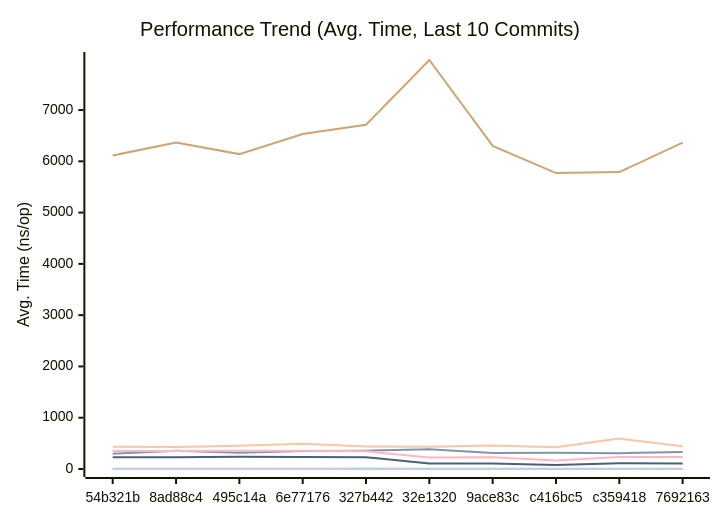
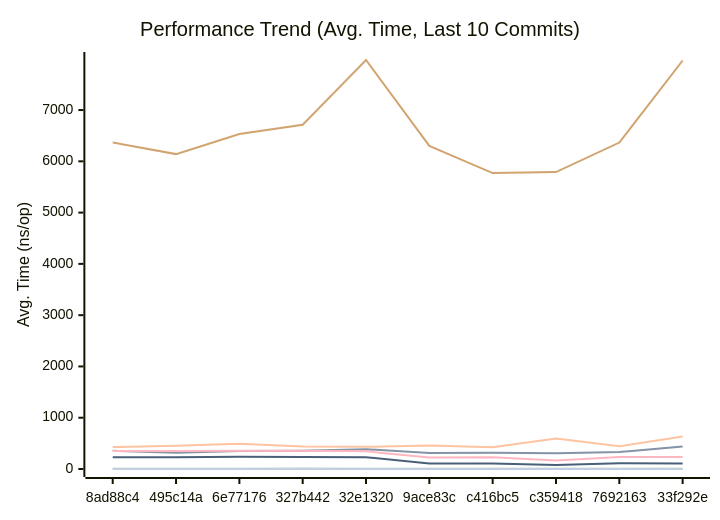
The first of 3 diagrams in docs/PERFORMANCE.md (alsotoes/momo), drawn with Mermaid before and after one commit. The commit also changed other lines of this file and 3 other files, not shown here.

````diff
--- a/docs/PERFORMANCE.md
+++ b/docs/PERFORMANCE.md
@@ -120,16 +120,16 @@
 ```mermaid
 xychart-beta
     title "Performance Trend (Avg. Time, Last 10 Commits)"
     x-axis "Commit"
     y-axis "Avg. Time (ns/op)"
-    x-axis [54b321b,8ad88c4,495c14a,6e77176,327b442,32e1320,9ace83c,c416bc5,c359418,7692163]
-    line "CheckMetricsAndSwap" [9,9,8,10,9,8,9,8,8,9]
-    line "CrushOptimized" [299,354,319,351,357,386,313,315,308,332]
-    line "CrushOriginal" [436,427,453,491,441,433,459,426,593,442]
+    x-axis [8ad88c4,495c14a,6e77176,327b442,32e1320,9ace83c,c416bc5,c359418,7692163,33f292e]
+    line "CheckMetricsAndSwap" [9,8,10,9,8,9,8,8,9,13]
+    line "CrushOptimized" [354,319,351,357,386,313,315,308,332,438]
+    line "CrushOriginal" [427,453,491,441,433,459,426,593,442,635]
     line "IndexDirectTracking" [0,0,0,0,0,0,0,0,0,0]
     line "IndexSearch" [3,3,3,3,3,3,3,3,3,3]
-    line "LoadGlobalConfig" [6114,6368,6141,6534,6713,7976,6301,5771,5790,6366]
-    line "PadString" [2,2,2,2,3,2,2,2,2,2]
+    line "LoadGlobalConfig" [6368,6141,6534,6713,7976,6301,5771,5790,6366,7966]
+    line "PadString" [2,2,2,3,2,2,2,2,2,2]
     line "ParseReplicationOrder_NoPrealloc" [350,349,357,354,345,225,229,165,232,234]
     line "ParseReplicationOrder_Prealloc" [229,231,237,234,229,108,107,80,110,109]
 ```
````
